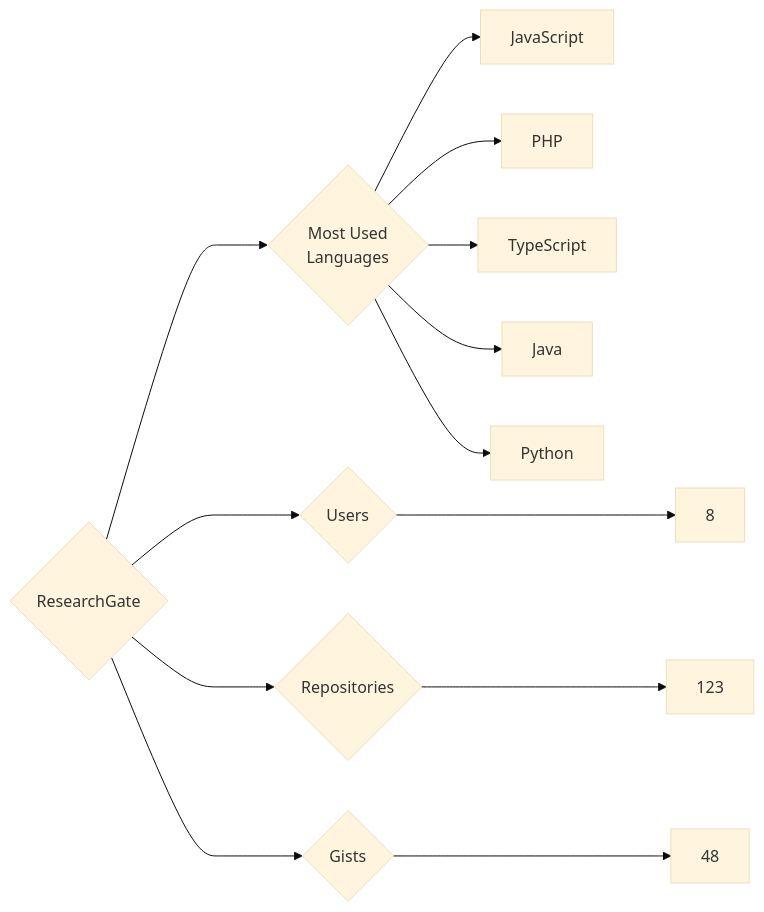
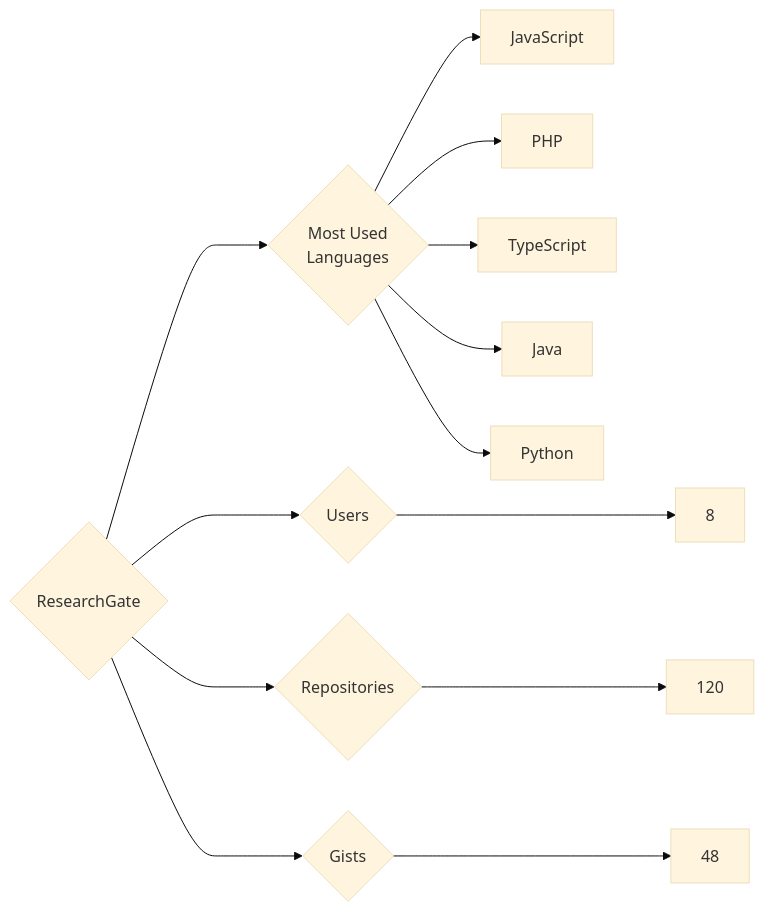
Before and after one commit to trickest/insiders: the diagram in targets/ResearchGate/README.md, drawn with Mermaid (base theme). The commit also changed 796 other files, not shown here.

````diff
--- a/targets/ResearchGate/README.md
+++ b/targets/ResearchGate/README.md
@@ -3,13 +3,13 @@
 ```mermaid
 graph LR
 COMPANY_NAME{ResearchGate}
 COMPANY_NAME ---> U{Users} ---> UN[8]
-COMPANY_NAME ---> R{Repositories} ---> RN[123]
+COMPANY_NAME ---> R{Repositories} ---> RN[120]
 COMPANY_NAME ---> G{Gists} ---> GN[48]
 COMPANY_NAME ---> ML{Most Used<br>Languages}
 ML --> JavaScript[JavaScript]
 ML --> PHP[PHP]
 ML --> TypeScript[TypeScript]
 ML --> Java[Java]
 ML --> Python[Python]
 ```
````
